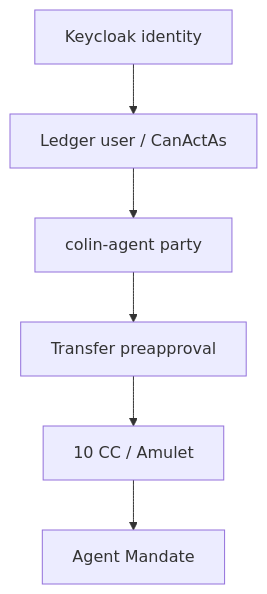
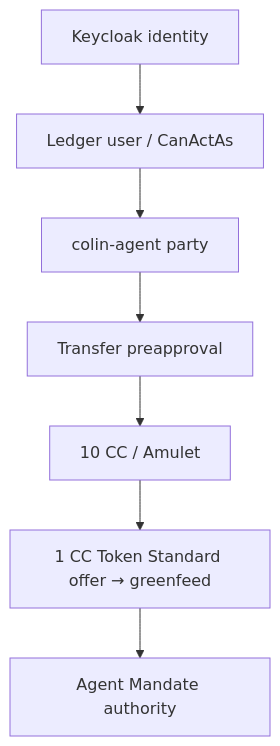
One commit to phoenicon/canton-agent-mandate changed the diagram in README.md. Above: the diagram before and after it, drawn with Mermaid. The commit also changed other lines of this file and 6 other files, not shown here.

First line of the commit message:
Final submission pass: reconcile docs/UI to the real 1 CC transfer OFFER

````diff
--- a/README.md
+++ b/README.md
@@ -130,8 +132,9 @@
 ```mermaid
 flowchart TD
-    A[Keycloak identity] --> B[Ledger user / CanActAs]
-    B --> C[colin-agent party]
-    C --> D[Transfer preapproval]
-    D --> E[10 CC / Amulet]
-    E --> F[Agent Mandate]
+  A[Keycloak identity] --> B[Ledger user / CanActAs]
+  B --> C[colin-agent party]
+  C --> D[Transfer preapproval]
+  D --> E[10 CC / Amulet]
+  E --> F[1 CC Token Standard offer → greenfeed]
+  F --> G[Agent Mandate authority]
 ```
````
